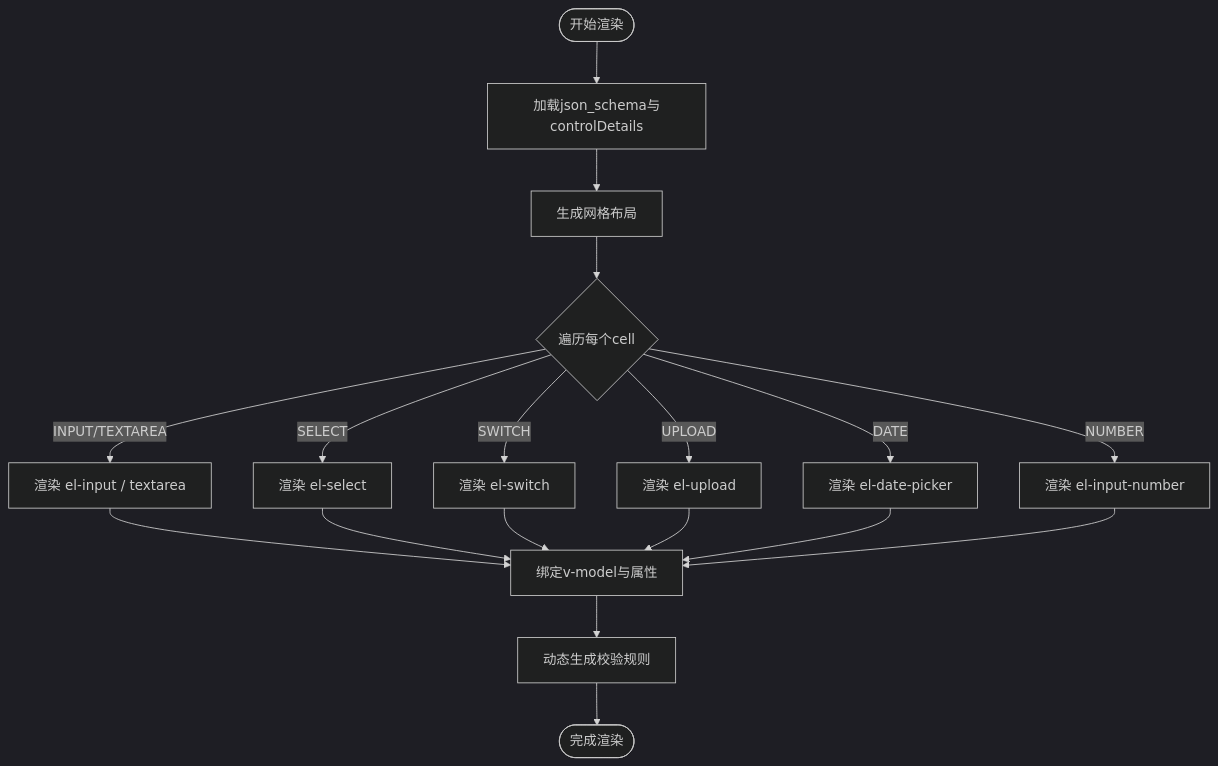
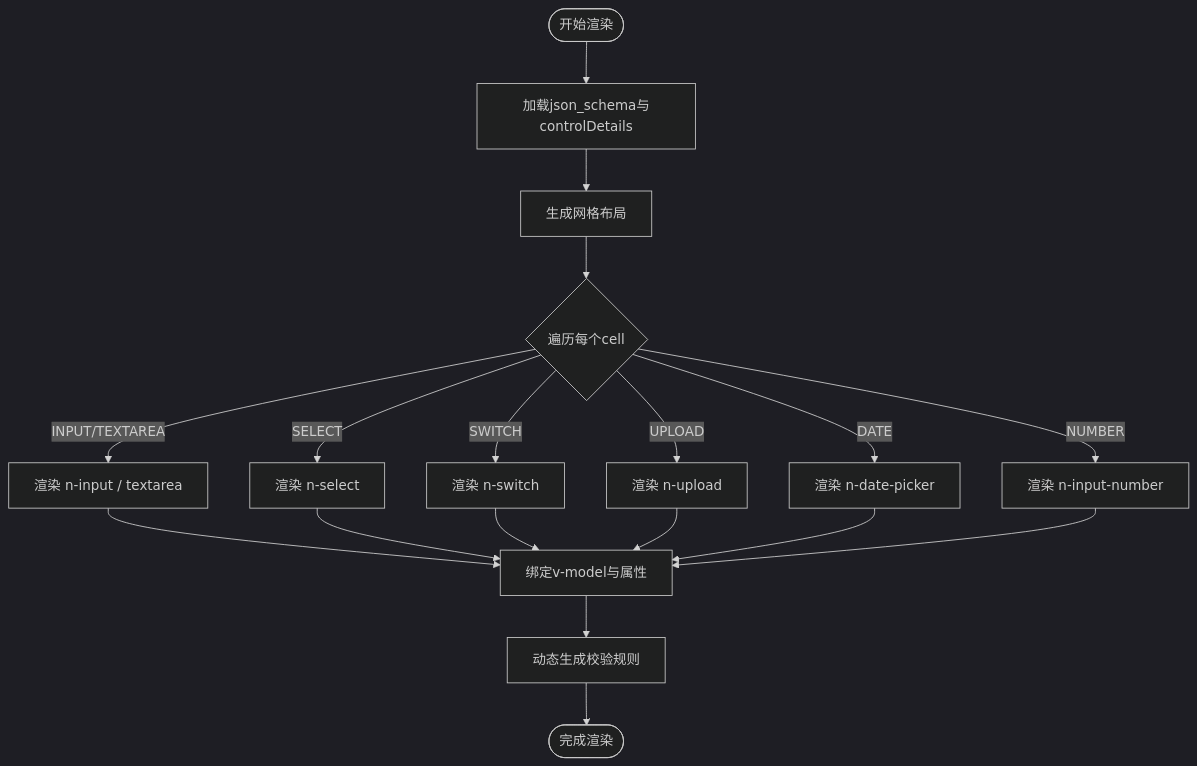
Before and after one commit to NJMrLi/genetics: the third of 4 diagrams in .qoder/repowiki/zh/content/前端架构设计/UI组件库集成.md, drawn with Mermaid (dark theme). The commit also changed other lines of this file and 32 other files, not shown here.

````diff
--- a/.qoder/repowiki/zh/content/前端架构设计/UI组件库集成.md
+++ b/.qoder/repowiki/zh/content/前端架构设计/UI组件库集成.md
@@ -136,20 +169,20 @@
 ```mermaid
 flowchart TD
 Start(["开始渲染"]) --> LoadSchema["加载json_schema与controlDetails"]
 LoadSchema --> BuildGrid["生成网格布局"]
 BuildGrid --> ForEachCell{"遍历每个cell"}
-ForEachCell --> |INPUT/TEXTAREA| RenderInput["渲染 el-input / textarea"]
-ForEachCell --> |SELECT| RenderSelect["渲染 el-select"]
-ForEachCell --> |SWITCH| RenderSwitch["渲染 el-switch"]
-ForEachCell --> |UPLOAD| RenderUpload["渲染 el-upload"]
-ForEachCell --> |DATE| RenderDate["渲染 el-date-picker"]
-ForEachCell --> |NUMBER| RenderNumber["渲染 el-input-number"]
+ForEachCell --> |INPUT/TEXTAREA| RenderInput["渲染 n-input / textarea"]
+ForEachCell --> |SELECT| RenderSelect["渲染 n-select"]
+ForEachCell --> |SWITCH| RenderSwitch["渲染 n-switch"]
+ForEachCell --> |UPLOAD| RenderUpload["渲染 n-upload"]
+ForEachCell --> |DATE| RenderDate["渲染 n-date-picker"]
+ForEachCell --> |NUMBER| RenderNumber["渲染 n-input-number"]
 RenderInput --> BindModel["绑定v-model与属性"]
 RenderSelect --> BindModel
 RenderSwitch --> BindModel
 RenderUpload --> BindModel
 RenderDate --> BindModel
 RenderNumber --> BindModel
 BindModel --> BuildRules["动态生成校验规则"]
 BuildRules --> End(["完成渲染"])
 ```
````
